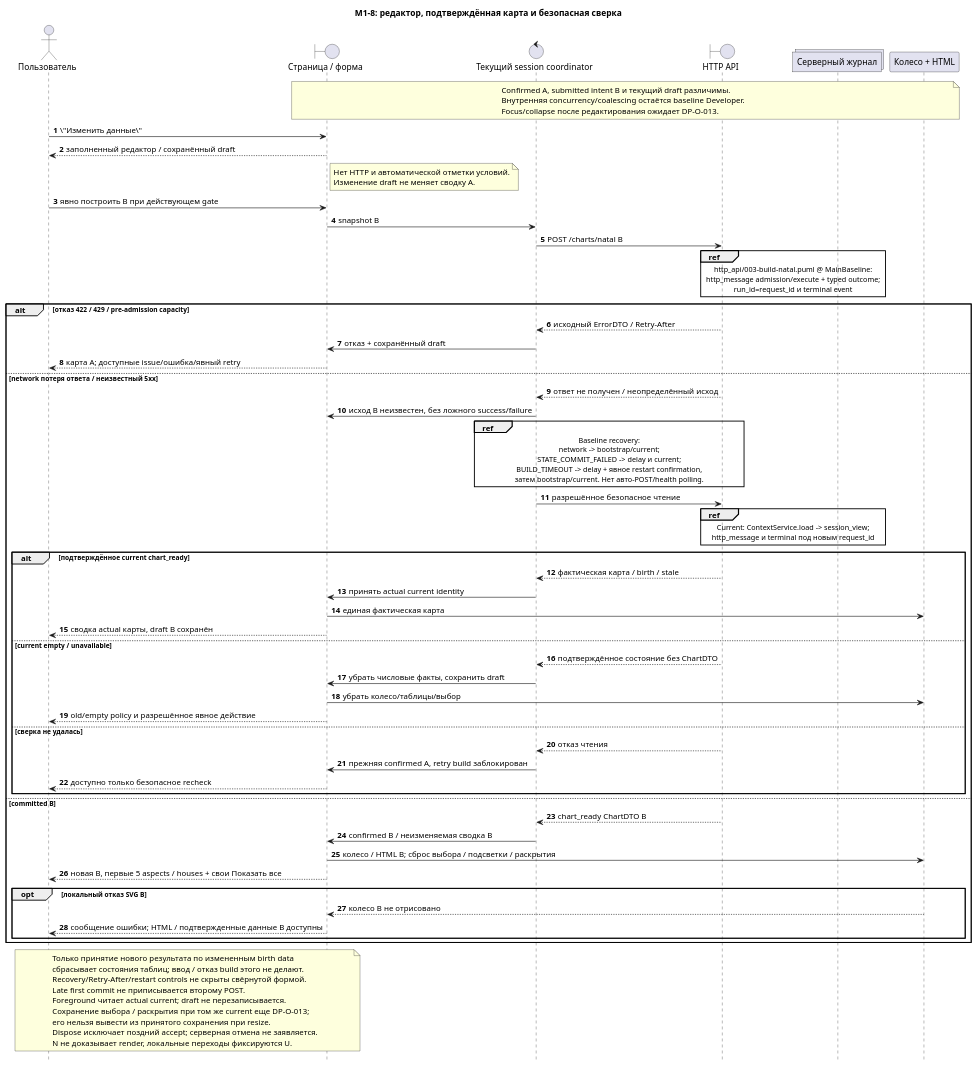
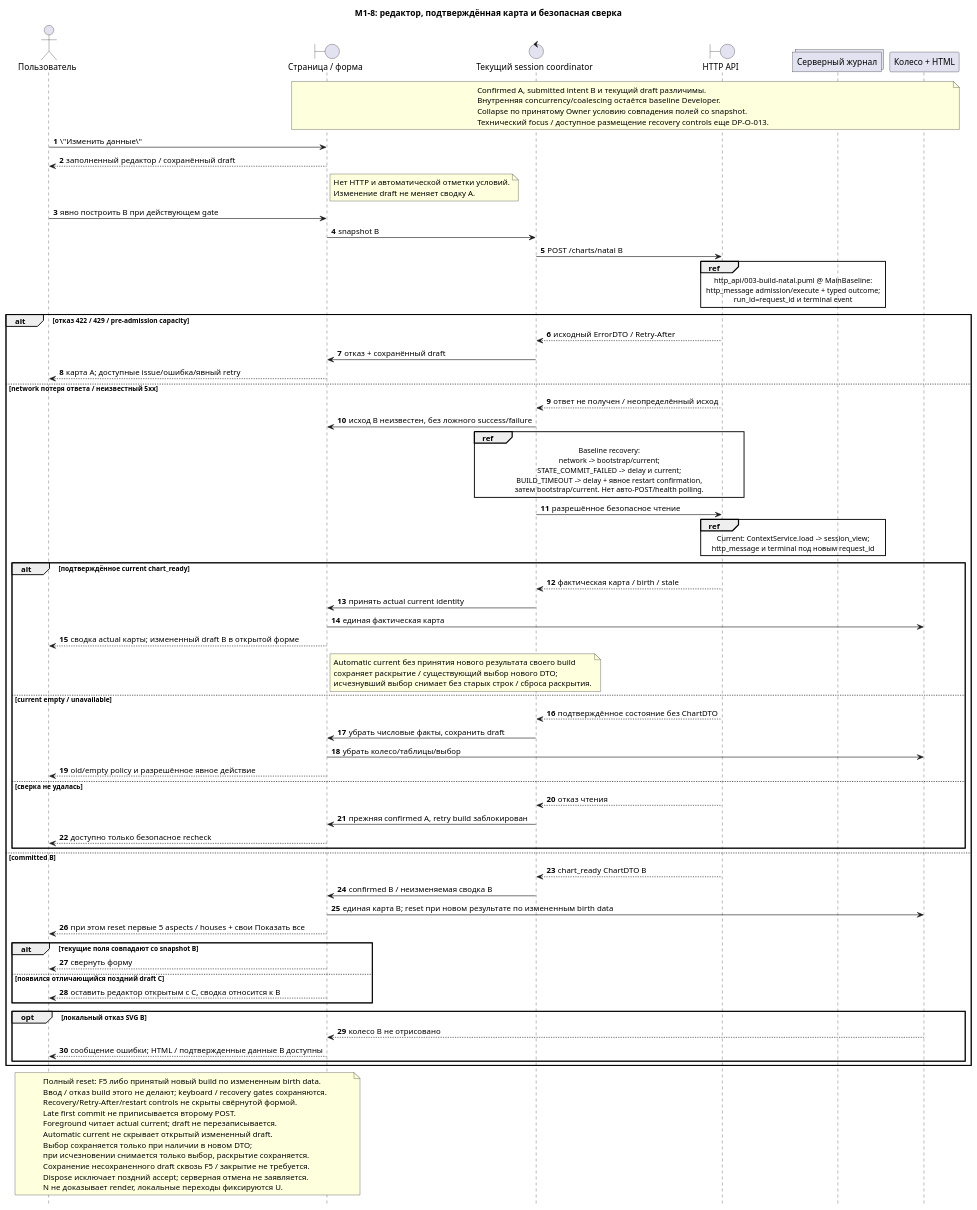
Before and after one commit to ksenia-baranova/exact-orb-demo: the diagram in docs/project_management/change_plans/ui-chart-wheel/analyst/sequence_diagrams/ui/003-edit-and-recovery.puml, drawn with PlantUML. The commit also changed 9 other files, not shown here.

```diff
--- a/docs/project_management/change_plans/ui-chart-wheel/analyst/sequence_diagrams/ui/003-edit-and-recovery.puml
+++ b/docs/project_management/change_plans/ui-chart-wheel/analyst/sequence_diagrams/ui/003-edit-and-recovery.puml
@@ -1,90 +1,103 @@
 @startuml
-' Owner: Functional Analyst. TASK-A-001; package v2; update 2026-10-15.
-' Update InputSHA 2b846077b317e33dd892565419942c4db8517b1e; v1 at 683bdd0
+' Owner: Functional Analyst. TASK-A-001; draft package v3; update 2026-10-15.
+' Update InputSHA 2169845b770754e11ae8b5cb1e13ffcd780784c8; v2 at cb25422; new Owner evidence pending registration
 ' REQ-WHEEL-08/11; REQ-UI-03/08/09/11
 ' AS-WHEEL-17/18/19/20/21/22
 ' Clean target: docs/sequence_diagrams/ui/003-edit-and-recovery.puml
 title M1-8: редактор, подтверждённая карта и безопасная сверка
 autonumber
 hide footbox
 actor "Пользователь" as User
 boundary "Страница / форма" as Page
 control "Текущий session coordinator" as Session
 boundary "HTTP API" as API
 collections "Серверный журнал" as Log
 participant "Колесо + HTML" as Views
 note over Page, Views
 Confirmed A, submitted intent B и текущий draft различимы.
 Внутренняя concurrency/coalescing остаётся baseline Developer.
-Focus/collapse после редактирования ожидает DP-O-013.
+Collapse по принятому Owner условию совпадения полей со snapshot.
+Технический focus / доступное размещение recovery controls еще DP-O-013.
 end note
 User -> Page : \"Изменить данные\"
 Page --> User : заполненный редактор / сохранённый draft
 note right of Page
 Нет HTTP и автоматической отметки условий.
 Изменение draft не меняет сводку A.
 end note
 User -> Page : явно построить B при действующем gate
 Page -> Session : snapshot B
 Session -> API : POST /charts/natal B
 ref over API, Log
 http_api/003-build-natal.puml @ MainBaseline:
 http_message admission/execute + typed outcome;
 run_id=request_id и terminal event
 end ref
 alt отказ 422 / 429 / pre-admission capacity
   API --> Session : исходный ErrorDTO / Retry-After
   Session -> Page : отказ + сохранённый draft
   Page --> User : карта A; доступные issue/ошибка/явный retry
 else network потеря ответа / неизвестный 5xx
   API --> Session : ответ не получен / неопределённый исход
   Session -> Page : исход B неизвестен, без ложного success/failure
   ref over Session, API
   Baseline recovery:
   network -> bootstrap/current;
   STATE_COMMIT_FAILED -> delay и current;
   BUILD_TIMEOUT -> delay + явное restart confirmation,
   затем bootstrap/current. Нет авто-POST/health polling.
   end ref
   Session -> API : разрешённое безопасное чтение
   ref over API, Log
   Current: ContextService.load -> session_view;
   http_message и terminal под новым request_id
   end ref
   alt подтверждённое current chart_ready
     API --> Session : фактическая карта / birth / stale
     Session -> Page : принять actual current identity
     Page -> Views : единая фактическая карта
-    Page --> User : сводка actual карты, draft B сохранён
+    Page --> User : сводка actual карты; измененный draft B в открытой форме
+    note right of Page
+    Automatic current без принятия нового результата своего build
+    сохраняет раскрытие / существующий выбор нового DTO;
+    исчезнувший выбор снимает без старых строк / сброса раскрытия.
+    end note
   else current empty / unavailable
     API --> Session : подтверждённое состояние без ChartDTO
     Session -> Page : убрать числовые факты, сохранить draft
     Page -> Views : убрать колесо/таблицы/выбор
     Page --> User : old/empty policy и разрешённое явное действие
   else сверка не удалась
     API --> Session : отказ чтения
     Session -> Page : прежняя confirmed A, retry build заблокирован
     Page --> User : доступно только безопасное recheck
   end
 else committed B
   API --> Session : chart_ready ChartDTO B
   Session -> Page : confirmed B / неизменяемая сводка B
-  Page -> Views : колесо / HTML B; сброс выбора / подсветки / раскрытия
-  Page --> User : новая B, первые 5 aspects / houses + свои Показать все
+  Page -> Views : единая карта B; reset при новом результате по измененным birth data
+  Page --> User : при этом reset первые 5 aspects / houses + свои Показать все
+  alt текущие поля совпадают со snapshot B
+    Page --> User : свернуть форму
+  else появился отличающийся поздний draft C
+    Page --> User : оставить редактор открытым с C, сводка относится к B
+  end
   opt локальный отказ SVG B
     Views --> Page : колесо B не отрисовано
     Page --> User : сообщение ошибки; HTML / подтвержденные данные B доступны
   end
 end
 note over Page, User
-Только принятие нового результата по измененным birth data
-сбрасывает состояния таблиц; ввод / отказ build этого не делают.
+Полный reset: F5 либо принятый новый build по измененным birth data.
+Ввод / отказ build этого не делают; keyboard / recovery gates сохраняются.
 Recovery/Retry-After/restart controls не скрыты свёрнутой формой.
 Late first commit не приписывается второму POST.
 Foreground читает actual current; draft не перезаписывается.
-Сохранение выбора / раскрытия при том же current еще DP-O-013;
-его нельзя вывести из принятого сохранения при resize.
+Automatic current не скрывает открытый измененный draft.
+Выбор сохраняется только при наличии в новом DTO;
+при исчезновении снимается только выбор, раскрытие сохраняется.
+Сохранение несохраненного draft сквозь F5 / закрытие не требуется.
 Dispose исключает поздний accept; серверная отмена не заявляется.
 N не доказывает render, локальные переходы фиксируются U.
 end note
 @enduml
```
